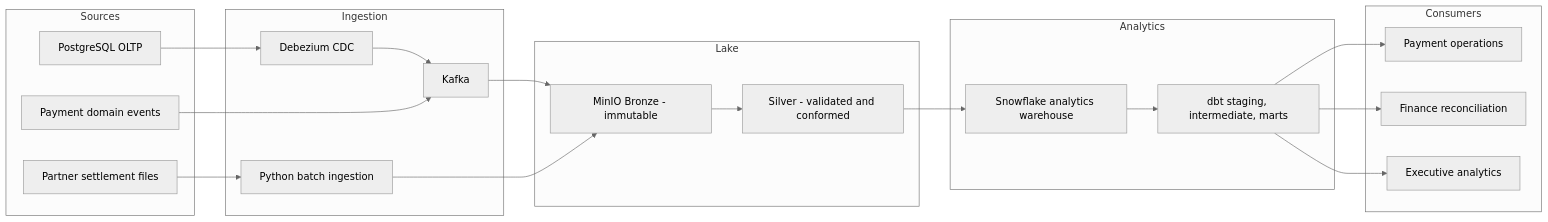
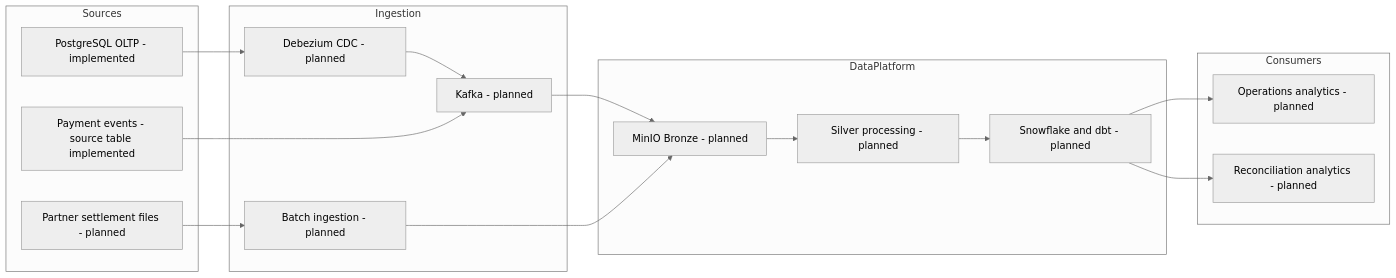
Before and after one commit to minzi03/fintech-payments-data-platform: the diagram in docs/architecture/target-architecture.md, drawn with Mermaid (neutral theme). The commit also changed other lines of this file and 38 other files, not shown here.

Commit message:
feat: add PostgreSQL OLTP source and payments data generator

````diff
--- a/docs/architecture/target-architecture.md
+++ b/docs/architecture/target-architecture.md
@@ -61,40 +66,32 @@
 ```mermaid
 flowchart LR
     subgraph Sources
-        OLTP["PostgreSQL OLTP"]
-        APP["Payment domain events"]
-        FILES["Partner settlement files"]
+        OLTP["PostgreSQL OLTP - implemented"]
+        EVENTS["Payment events - source table implemented"]
+        FILES["Partner settlement files - planned"]
     end
 
     subgraph Ingestion
-        CDC["Debezium CDC"]
-        KAFKA["Kafka"]
-        BATCH["Python batch ingestion"]
+        CDC["Debezium CDC - planned"]
+        KAFKA["Kafka - planned"]
+        BATCH["Batch ingestion - planned"]
     end
 
-    subgraph Lake
-        BRONZE["MinIO Bronze - immutable"]
-        SILVER["Silver - validated and conformed"]
-    end
-
-    subgraph Analytics
-        SNOWFLAKE["Snowflake analytics warehouse"]
-        DBT["dbt staging, intermediate, marts"]
+    subgraph DataPlatform
+        BRONZE["MinIO Bronze - planned"]
+        SILVER["Silver processing - planned"]
+        WAREHOUSE["Snowflake and dbt - planned"]
     end
 
     subgraph Consumers
-        OPS["Payment operations"]
-        FIN["Finance reconciliation"]
-        EXEC["Executive analytics"]
+        OPS["Operations analytics - planned"]
+        FIN["Reconciliation analytics - planned"]
     end
 
-    OLTP --> CDC --> KAFKA
-    APP --> KAFKA
-    FILES --> BATCH
-    KAFKA --> BRONZE
-    BATCH --> BRONZE
-    BRONZE --> SILVER --> SNOWFLAKE --> DBT
-    DBT --> OPS
-    DBT --> FIN
-    DBT --> EXEC
+    OLTP --> CDC --> KAFKA --> BRONZE
+    EVENTS --> KAFKA
+    FILES --> BATCH --> BRONZE
+    BRONZE --> SILVER --> WAREHOUSE
+    WAREHOUSE --> OPS
+    WAREHOUSE --> FIN
 ```
````
